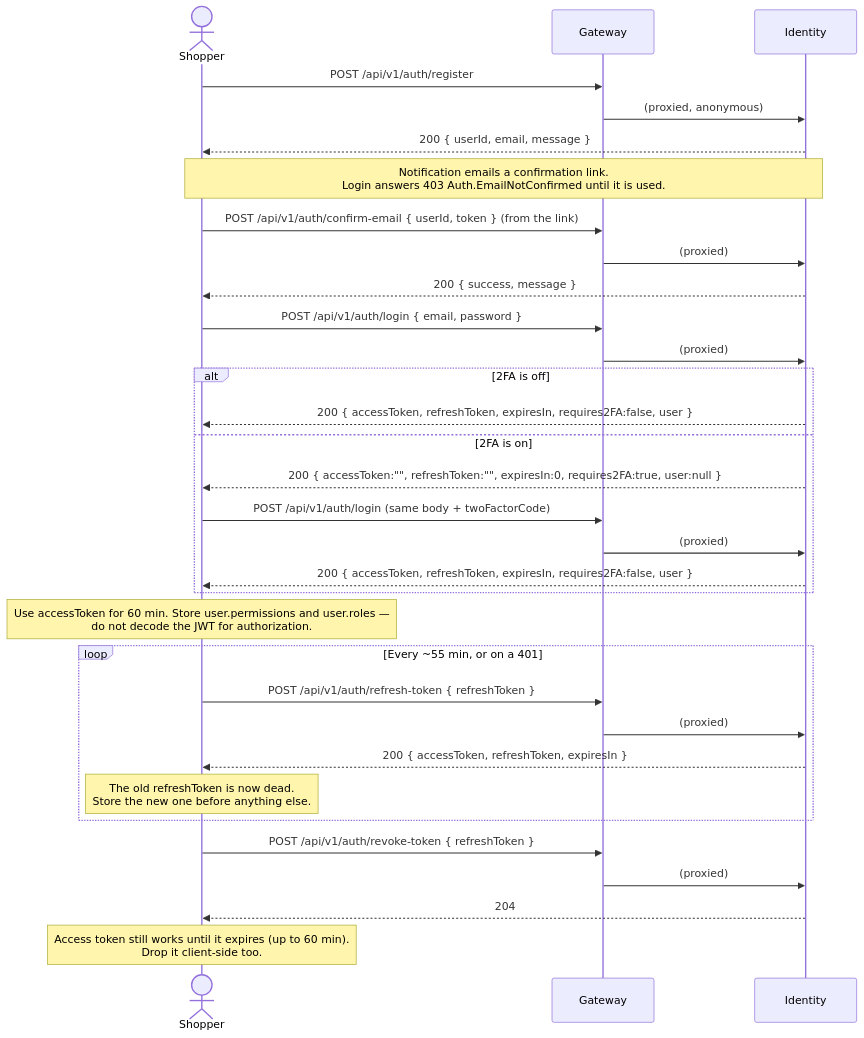
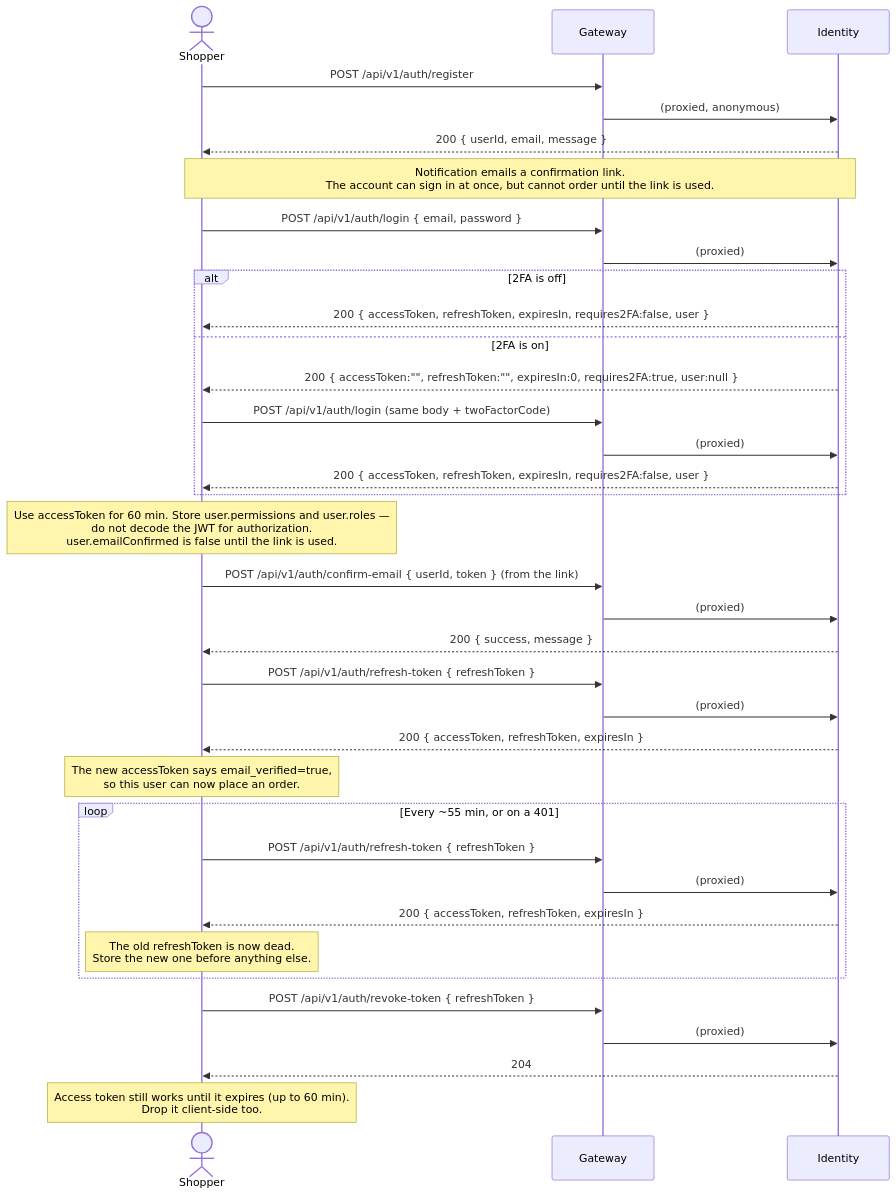
One commit to Granuch/EShop changed the first of 6 diagrams in docs/01-overview/frontend/flows.md. Above: the diagram before and after it, drawn with Mermaid. The commit also changed other lines of this file and 39 other files, not shown here.

````diff
--- a/docs/01-overview/frontend/flows.md
+++ b/docs/01-overview/frontend/flows.md
@@ -25,40 +25,44 @@
 ```mermaid
 sequenceDiagram
     actor U as Shopper
     participant GW as Gateway
     participant ID as Identity
 
     U->>GW: POST /api/v1/auth/register
     GW->>ID: (proxied, anonymous)
     ID-->>U: 200 { userId, email, message }
-    Note over U,ID: Notification emails a confirmation link.<br/>Login answers 403 Auth.EmailNotConfirmed until it is used.
-
-    U->>GW: POST /api/v1/auth/confirm-email { userId, token } (from the link)
-    GW->>ID: (proxied)
-    ID-->>U: 200 { success, message }
+    Note over U,ID: Notification emails a confirmation link.<br/>The account can sign in at once, but cannot order until the link is used.
 
     U->>GW: POST /api/v1/auth/login { email, password }
     GW->>ID: (proxied)
     alt 2FA is off
         ID-->>U: 200 { accessToken, refreshToken, expiresIn, requires2FA:false, user }
     else 2FA is on
         ID-->>U: 200 { accessToken:"", refreshToken:"", expiresIn:0, requires2FA:true, user:null }
         U->>GW: POST /api/v1/auth/login (same body + twoFactorCode)
         GW->>ID: (proxied)
         ID-->>U: 200 { accessToken, refreshToken, expiresIn, requires2FA:false, user }
     end
 
-    Note over U: Use accessToken for 60 min. Store user.permissions and user.roles —<br/>do not decode the JWT for authorization.
+    Note over U: Use accessToken for 60 min. Store user.permissions and user.roles —<br/>do not decode the JWT for authorization.<br/>user.emailConfirmed is false until the link is used.
+
+    U->>GW: POST /api/v1/auth/confirm-email { userId, token } (from the link)
+    GW->>ID: (proxied)
+    ID-->>U: 200 { success, message }
+    U->>GW: POST /api/v1/auth/refresh-token { refreshToken }
+    GW->>ID: (proxied)
+    ID-->>U: 200 { accessToken, refreshToken, expiresIn }
+    Note over U: The new accessToken says email_verified=true,<br/>so this user can now place an order.
 
     loop Every ~55 min, or on a 401
         U->>GW: POST /api/v1/auth/refresh-token { refreshToken }
         GW->>ID: (proxied)
         ID-->>U: 200 { accessToken, refreshToken, expiresIn }
         Note over U: The old refreshToken is now dead.<br/>Store the new one before anything else.
     end
 
     U->>GW: POST /api/v1/auth/revoke-token { refreshToken }
     GW->>ID: (proxied)
     ID-->>U: 204
     Note over U: Access token still works until it expires (up to 60 min).<br/>Drop it client-side too.
 ```
````
